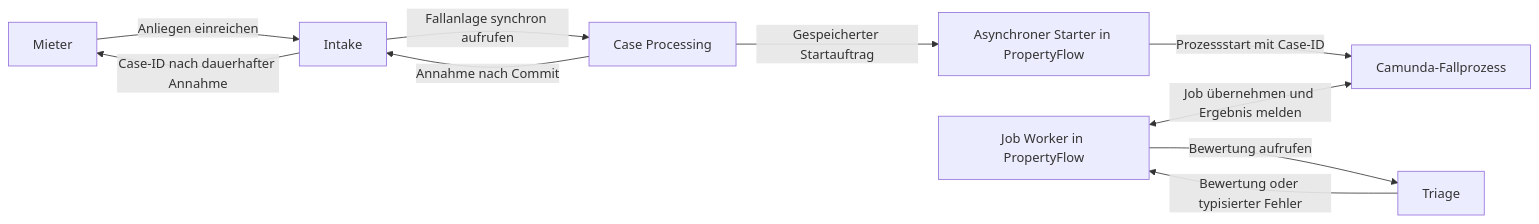
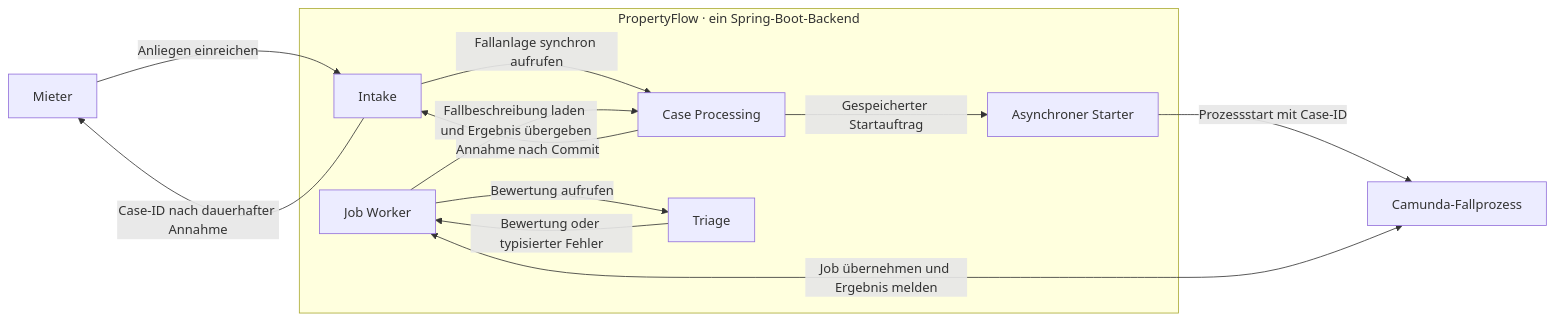
The diagram in docs/architecture/schnittstellenentwurf-block-3.md (permarco/propertyflow), drawn with Mermaid before and after one commit. The commit also changed other lines of this file and 7 other files, not shown here.

````diff
--- a/docs/architecture/schnittstellenentwurf-block-3.md
+++ b/docs/architecture/schnittstellenentwurf-block-3.md
@@ -113,12 +132,19 @@
 ```mermaid
 flowchart LR
-    M[Mieter] -->|Anliegen einreichen| I[Intake]
-    I -->|Fallanlage synchron aufrufen| F[Case Processing]
-    F -->|Annahme nach Commit| I
+    M[Mieter]
+    C[Camunda-Fallprozess]
+
+    subgraph PF["PropertyFlow · ein Spring-Boot-Backend"]
+        I[Intake] -->|Fallanlage synchron aufrufen| F[Case Processing]
+        F -->|Annahme nach Commit| I
+        F -->|Gespeicherter Startauftrag| A[Asynchroner Starter]
+        W[Job Worker] -->|Bewertung aufrufen| T[Triage]
+        T -->|Bewertung oder typisierter Fehler| W
+        W -->|Fallbeschreibung laden und Ergebnis übergeben| F
+    end
+
+    M -->|Anliegen einreichen| I
     I -->|Case-ID nach dauerhafter Annahme| M
-    F -->|Gespeicherter Startauftrag| A[Asynchroner Starter in PropertyFlow]
     A -->|Prozessstart mit Case-ID| C[Camunda-Fallprozess]
-    W[Job Worker in PropertyFlow] <-->|Job übernehmen und Ergebnis melden| C
-    W -->|Bewertung aufrufen| T[Triage]
-    T -->|Bewertung oder typisierter Fehler| W
+    W <-->|Job übernehmen und Ergebnis melden| C
 ```
````
